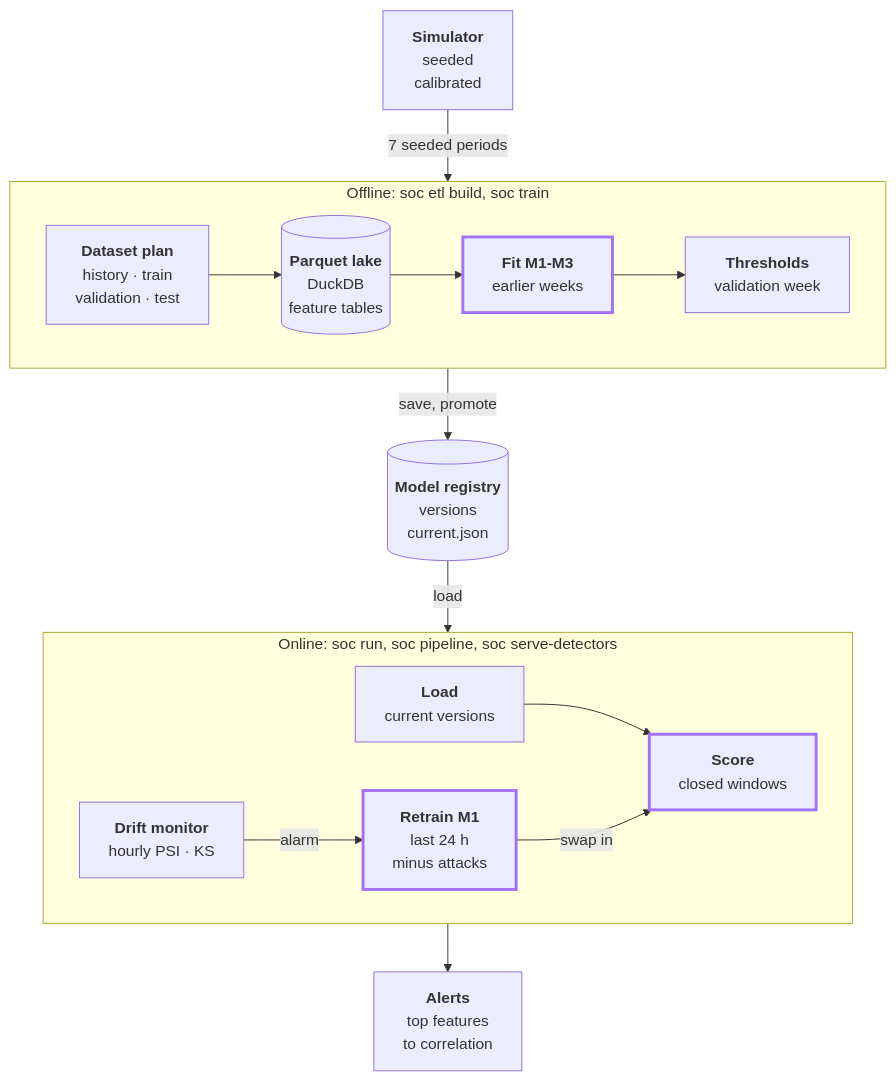
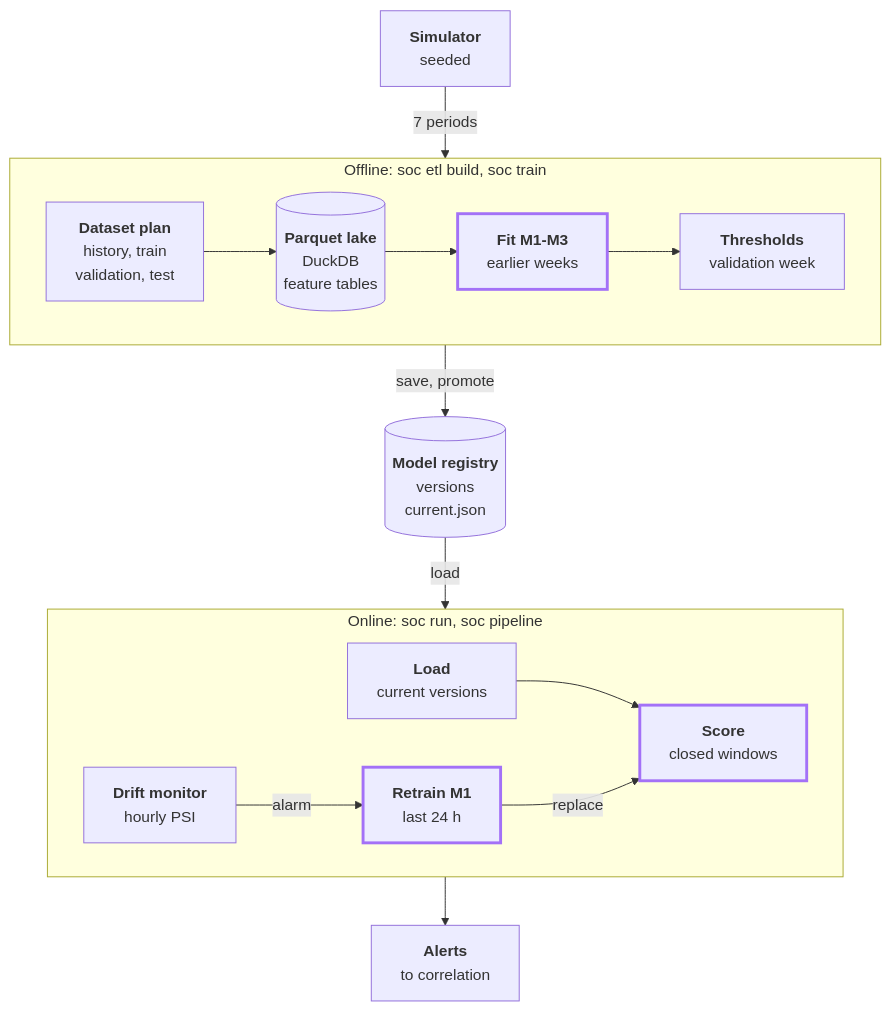
One commit to Chris91ss/ai4ci-agentic-soc changed the fourth of 5 diagrams in docs/architecture/README.md. Above: the diagram before and after it, drawn with Mermaid. The commit also changed other lines of this file, not shown here.

First line of the commit message:
docs(architecture): rewrite and update the Milestone 2 document

````diff
--- a/docs/architecture/README.md
+++ b/docs/architecture/README.md
@@ -240,18 +208,18 @@
 ```mermaid
 flowchart TB
-    sim["<b>Simulator</b><br/>seeded<br/>calibrated"]
+    sim["<b>Simulator</b><br/>seeded"]
     subgraph offline ["Offline: soc etl build, soc train"]
         direction LR
-        plan["<b>Dataset plan</b><br/>history · train<br/>validation · test"] --> lake[("<b>Parquet lake</b><br/>DuckDB<br/>feature tables")] --> fit["<b>Fit M1-M3</b><br/>earlier weeks"] --> thresholds["<b>Thresholds</b><br/>validation week"]
+        plan["<b>Dataset plan</b><br/>history, train<br/>validation, test"] --> lake[("<b>Parquet lake</b><br/>DuckDB<br/>feature tables")] --> fit["<b>Fit M1-M3</b><br/>earlier weeks"] --> thresholds["<b>Thresholds</b><br/>validation week"]
     end
     registry[("<b>Model registry</b><br/>versions<br/>current.json")]
-    subgraph online ["Online: soc run, soc pipeline, soc serve-detectors"]
+    subgraph online ["Online: soc run, soc pipeline"]
         direction LR
         load["<b>Load</b><br/>current versions"] --> score["<b>Score</b><br/>closed windows"]
-        monitor["<b>Drift monitor</b><br/>hourly PSI · KS"] -- "alarm" --> retrain["<b>Retrain M1</b><br/>last 24 h<br/>minus attacks"] -- "swap in" --> score
+        monitor["<b>Drift monitor</b><br/>hourly PSI"] -- "alarm" --> retrain["<b>Retrain M1</b><br/>last 24 h"] -- "replace" --> score
     end
-    alerts["<b>Alerts</b><br/>top features<br/>to correlation"]
-    sim -- "7 seeded periods" --> offline -- "save, promote" --> registry -- "load" --> online --> alerts
+    alerts["<b>Alerts</b><br/>to correlation"]
+    sim -- "7 periods" --> offline -- "save, promote" --> registry -- "load" --> online --> alerts
     classDef ai stroke:#a371f7,stroke-width:3px
     class fit,score,retrain ai
 ```
````
